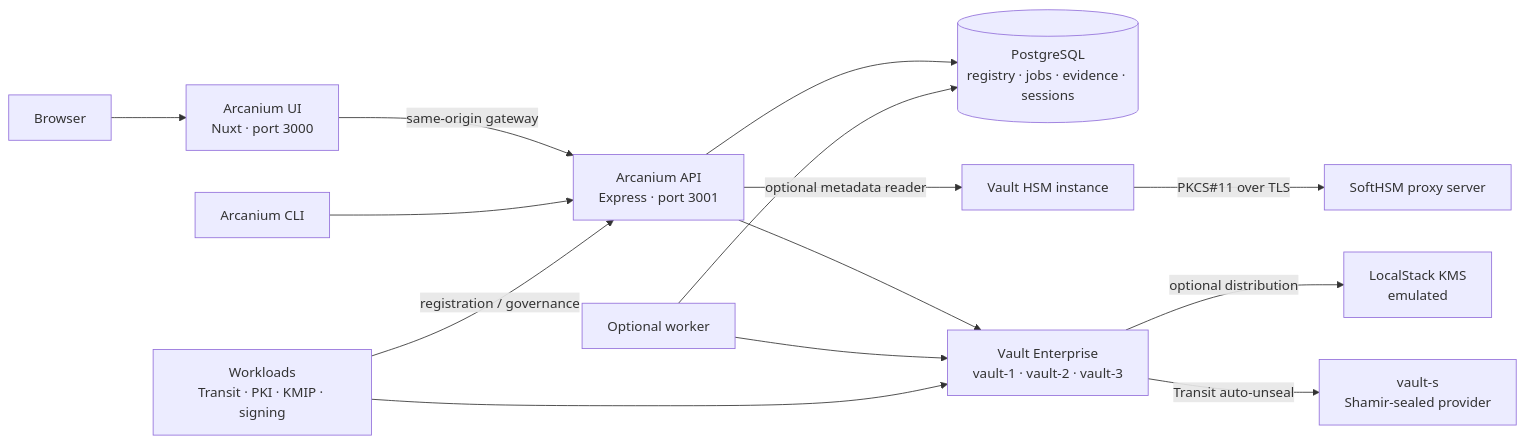
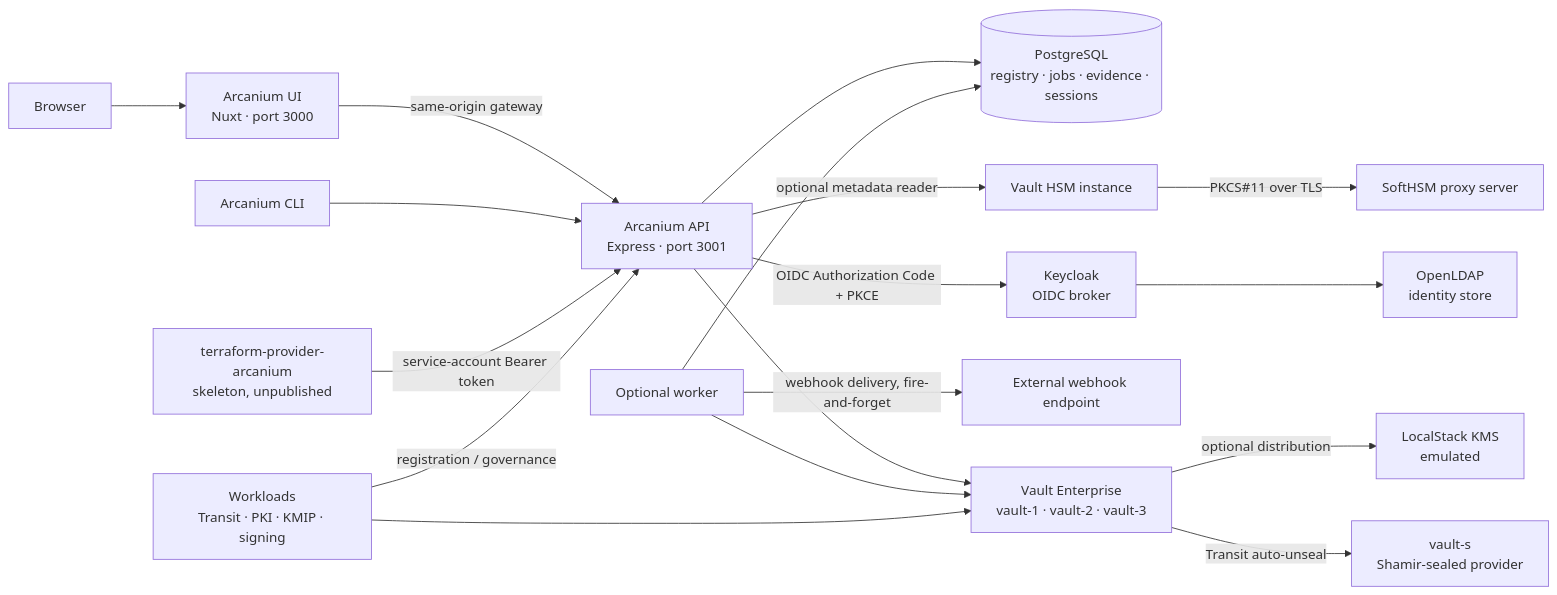
Before and after one commit to raymonepping/arcanium: the diagram in docs/architecture.md, drawn with Mermaid. The commit also changed other lines of this file and 96 other files, not shown here.

````diff
--- a/docs/architecture.md
+++ b/docs/architecture.md
@@ -7,16 +7,20 @@
 ```mermaid
 flowchart LR
     Browser[Browser] --> UI[Arcanium UI\nNuxt · port 3000]
     UI -->|same-origin gateway| API[Arcanium API\nExpress · port 3001]
     CLI[Arcanium CLI] --> API
+    TFProvider[terraform-provider-arcanium\nskeleton, unpublished] -->|service-account Bearer token| API
     API --> DB[(PostgreSQL\nregistry · jobs · evidence · sessions)]
     API --> Vault[Vault Enterprise\nvault-1 · vault-2 · vault-3]
+    API -->|OIDC Authorization Code + PKCE| Keycloak[Keycloak\nOIDC broker]
+    Keycloak --> LDAP[OpenLDAP\nidentity store]
     Worker[Optional worker] --> DB
     Worker --> Vault
+    Worker -->|webhook delivery, fire-and-forget| External[External webhook endpoint]
     Workloads[Workloads\nTransit · PKI · KMIP · signing] --> Vault
     Workloads -->|registration / governance| API
     Vault -->|Transit auto-unseal| Seal[vault-s\nShamir-sealed provider]
     API -->|optional metadata reader| HSM[Vault HSM instance]
     HSM -->|PKCS#11 over TLS| SoftHSM[SoftHSM proxy server]
     Vault -->|optional distribution| KMS[LocalStack KMS\nemulated]
 ```
````
